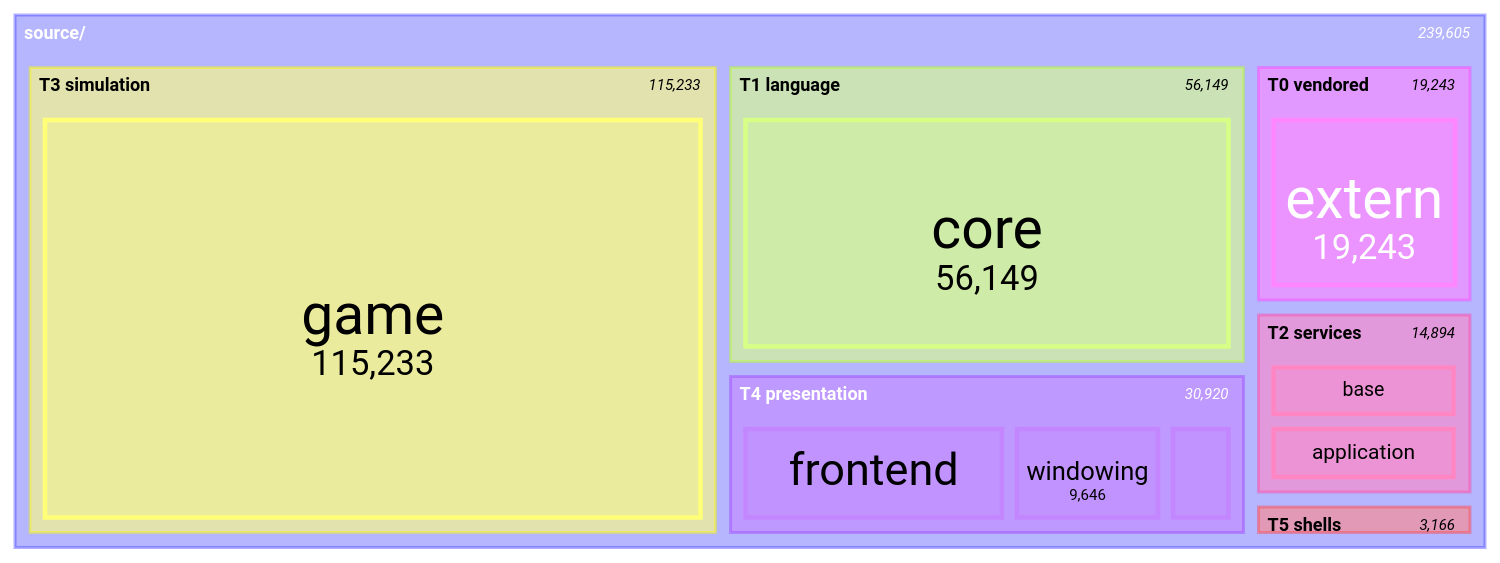
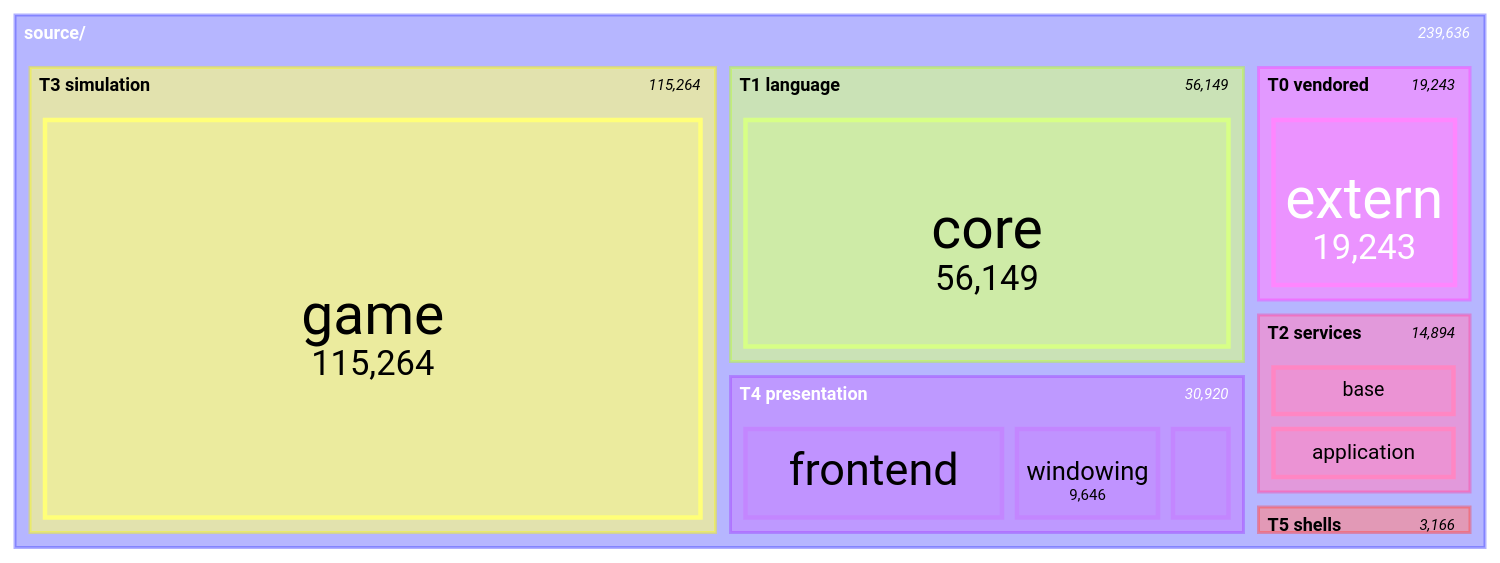
The seventh of 11 diagrams in docs/architecture/system-boundaries.md (apnex/OpenStarbound), drawn with Mermaid before and after one commit. The commit also changed other lines of this file and 1 other file, not shown here.

````diff
--- a/docs/architecture/system-boundaries.md
+++ b/docs/architecture/system-boundaries.md
@@ -577,21 +577,21 @@
 ```mermaid
 treemap-beta
 "source/"
     "T0 vendored"
         "extern": 19243
     "T1 language"
         "core": 56149
     "T2 services"
         "base": 7380
         "application": 7372
         "platform": 142
     "T3 simulation"
-        "game": 115233
+        "game": 115264
     "T4 presentation"
         "frontend": 16861
         "windowing": 9646
         "rendering": 4413
     "T5 shells"
         "client": 2383
         "server": 783
 ```
````
